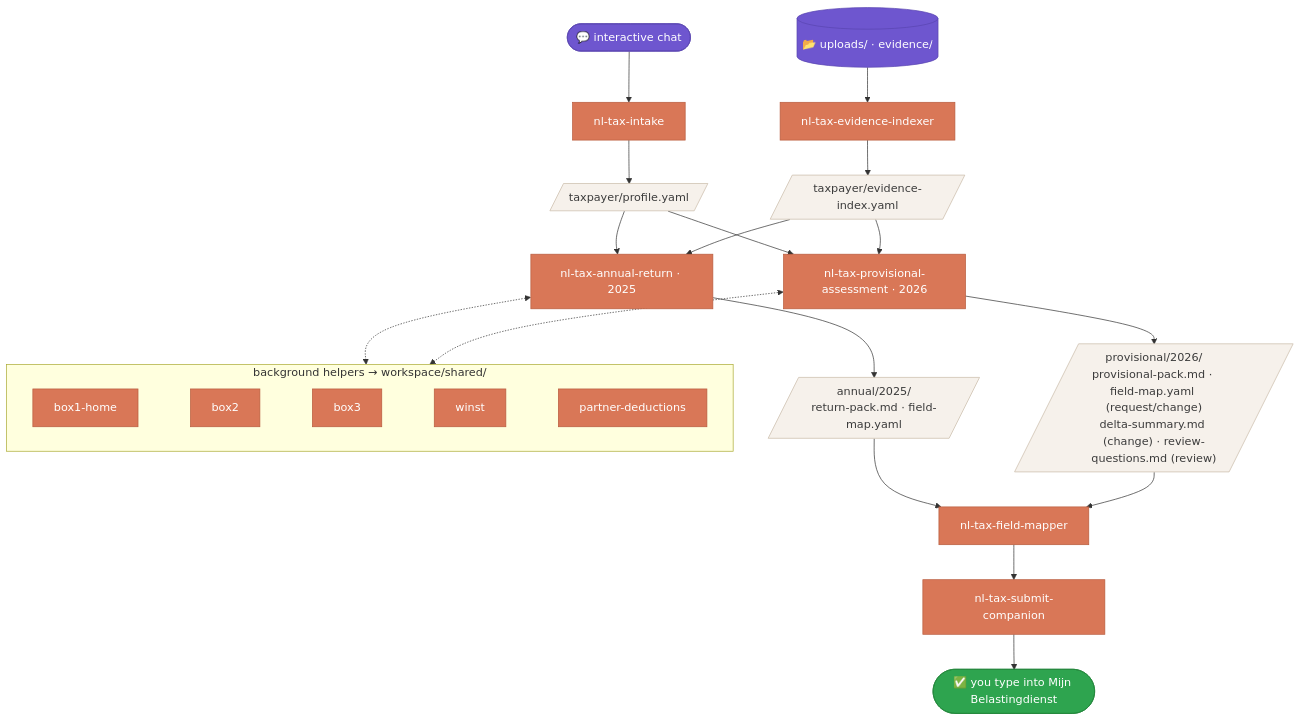
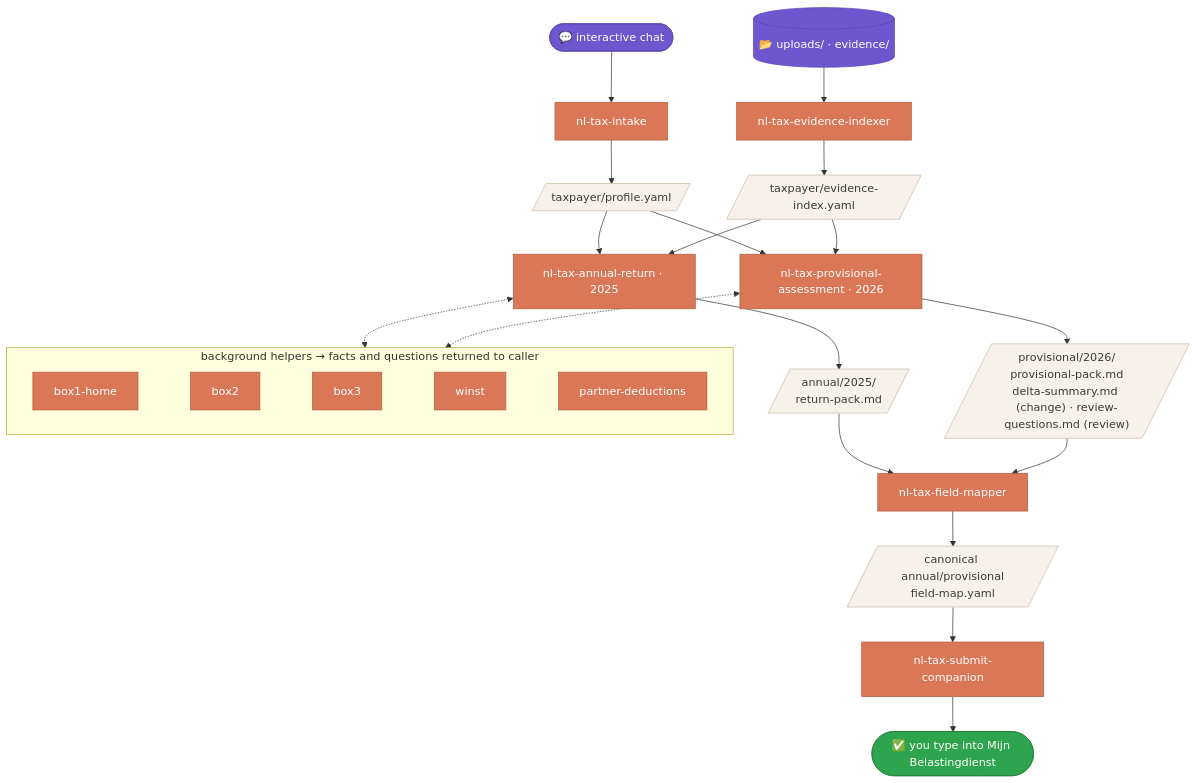
One commit to cyanxxy/nl-tax-agent-skills changed the diagram in README.md. Above: the diagram before and after it, drawn with Mermaid. The commit also changed other lines of this file and 11 other files, not shown here.

````diff
--- a/README.md
+++ b/README.md
@@ -269,36 +269,37 @@
 ```mermaid
 flowchart TB
     chat(["💬 interactive chat"]) --> intake["nl-tax-intake"]
     docs[("📂 uploads/ · evidence/")] --> indexer["nl-tax-evidence-indexer"]
     intake --> profile[/"taxpayer/profile.yaml"/]
     indexer --> evidx[/"taxpayer/evidence-index.yaml"/]
 
     profile --> annual["nl-tax-annual-return · 2025"]
     profile --> prov["nl-tax-provisional-assessment · 2026"]
     evidx --> annual
     evidx --> prov
 
-    subgraph helpers ["background helpers → workspace/shared/"]
+    subgraph helpers ["background helpers → facts and questions returned to caller"]
         direction LR
         b1["box1-home"] ~~~ b2["box2"] ~~~ b3["box3"] ~~~ wn["winst"] ~~~ pd["partner-deductions"]
     end
     annual <-.-> helpers
     prov <-.-> helpers
 
-    annual --> apack[/"annual/2025/<br/>return-pack.md · field-map.yaml"/]
-    prov --> ppack[/"provisional/2026/<br/>provisional-pack.md · field-map.yaml (request/change)<br/>delta-summary.md (change) · review-questions.md (review)"/]
+    annual --> apack[/"annual/2025/<br/>return-pack.md"/]
+    prov --> ppack[/"provisional/2026/<br/>provisional-pack.md<br/>delta-summary.md (change) · review-questions.md (review)"/]
 
     apack --> mapper["nl-tax-field-mapper"]
     ppack --> mapper
-    mapper --> submit["nl-tax-submit-companion"]
+    mapper --> maps[/"canonical annual/provisional<br/>field-map.yaml"/]
+    maps --> submit["nl-tax-submit-companion"]
     submit --> portal(["✅ you type into Mijn Belastingdienst"])
 
     classDef skill fill:#D97757,stroke:#B85C3E,color:#fff
     classDef file fill:#F6F1EB,stroke:#C9BBA8,color:#3B3B3B
     classDef endpoint fill:#2EA44F,stroke:#22863A,color:#fff
     classDef input fill:#6E56CF,stroke:#5A45B0,color:#fff
     class intake,indexer,annual,prov,mapper,submit,b1,b2,b3,wn,pd skill
-    class profile,evidx,apack,ppack file
+    class profile,evidx,apack,ppack,maps file
     class portal endpoint
     class chat,docs input
 ```
````
